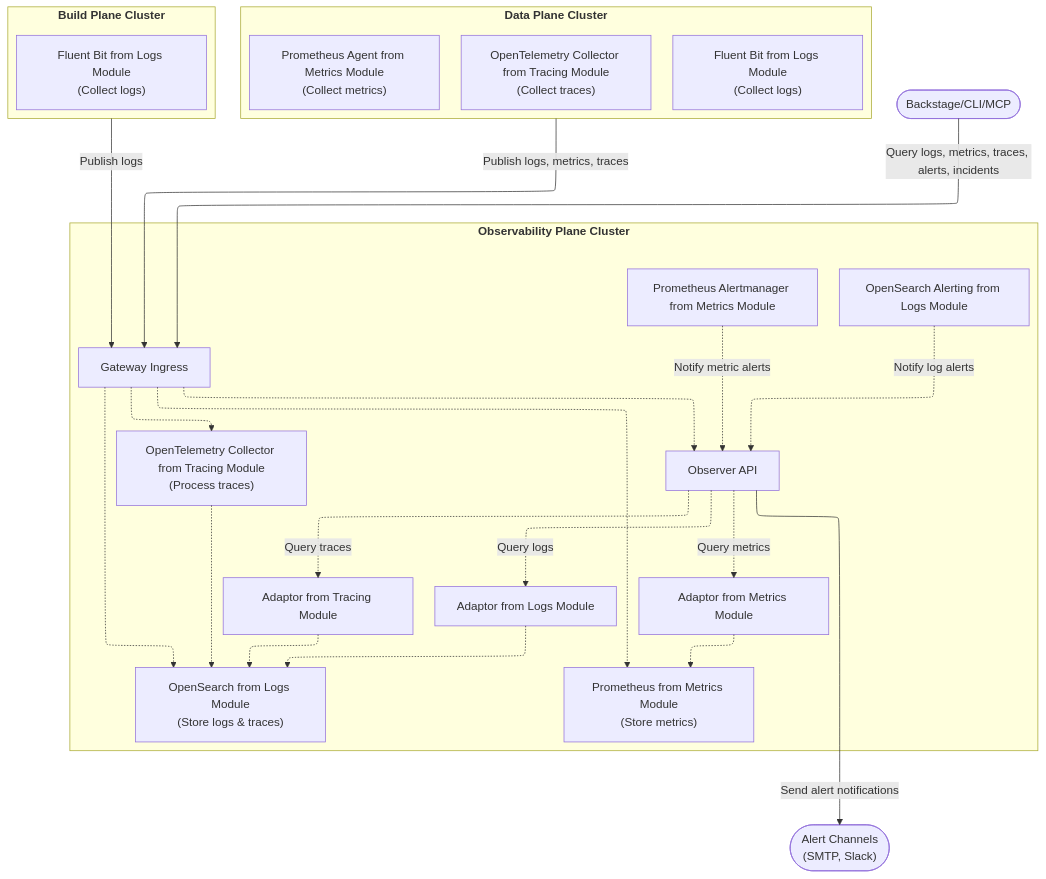
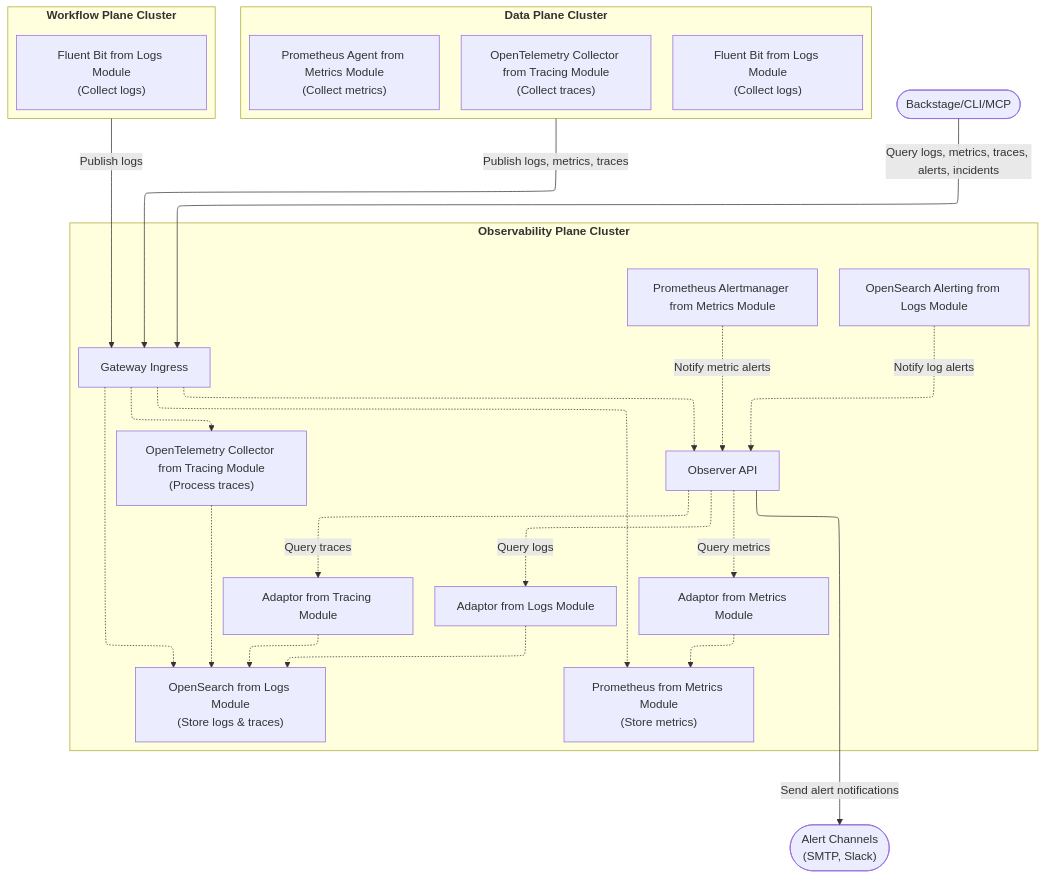
One commit to openchoreo/openchoreo.github.io changed the second of 3 diagrams in docs/operations/observability-alerting.mdx. Above: the diagram before and after it, drawn with Mermaid. The commit also changed other lines of this file and 49 other files, not shown here.

Commit message:
feat: rename build plane to workflow plane

````diff
--- a/docs/operations/observability-alerting.mdx
+++ b/docs/operations/observability-alerting.mdx
@@ -79,40 +79,40 @@
 ```mermaid
 ---
 config:
   layout: elk
 ---
 flowchart
  subgraph ObservabilityPlane["<b>Observability Plane Cluster<b>"]
     direction TB
         Prometheus["Prometheus from Metrics Module<br>(Store metrics)"]
         OpenSearch["OpenSearch from Logs Module<br>(Store logs &amp; traces)"]
         OTelCollector["OpenTelemetry Collector from Tracing Module<br>(Process traces)"]
         ObserverAPI["Observer API"]
         LogsAdaptor["Adaptor from Logs Module"]
         MetricsAdaptor["Adaptor from Metrics Module"]
         TracingAdaptor["Adaptor from Tracing Module"]
         GatewayIngress["Gateway Ingress"]
         OSAlerting["OpenSearch Alerting from Logs Module"]
         PAM["Prometheus Alertmanager from Metrics Module"]
   end
  subgraph DataPlane["<b>Data Plane Cluster<b>"]
     direction LR
         OTelDP["OpenTelemetry Collector from Tracing Module<br>(Collect traces)"]
         FluentBitDP["Fluent Bit from Logs Module<br>(Collect logs)"]
         PrometheusAgentDP["Prometheus Agent from Metrics Module<br>(Collect metrics)"]
   end
- subgraph BuildPlane["<b>Build Plane Cluster<b>"]
+ subgraph WorkflowPlane["<b>Workflow Plane Cluster<b>"]
         FluentBitBP["Fluent Bit from Logs Module<br>(Collect logs)"]
   end
     GatewayIngress -.-> Prometheus & OpenSearch & OTelCollector
     OTelCollector -.-> OpenSearch
     ObserverAPI -. Query logs .-> LogsAdaptor .-> OpenSearch
     ObserverAPI -. Query metrics .-> MetricsAdaptor .-> Prometheus
     ObserverAPI -. Query traces .-> TracingAdaptor .-> OpenSearch
     OSAlerting -. Notify log alerts .-> ObserverAPI
     PAM -. Notify metric alerts .-> ObserverAPI
     ObserverAPI -- Send alert notifications --> AlertChannels(["Alert Channels<br>(SMTP, Slack)"])
     DataPlane -- Publish logs, metrics, traces --> GatewayIngress
-    BuildPlane -- Publish logs --> GatewayIngress
+    WorkflowPlane -- Publish logs --> GatewayIngress
     ExternalClient(["Backstage/CLI/MCP"]) -- Query logs, metrics, traces, alerts, incidents --> GatewayIngress .-> ObserverAPI
 ```
````
